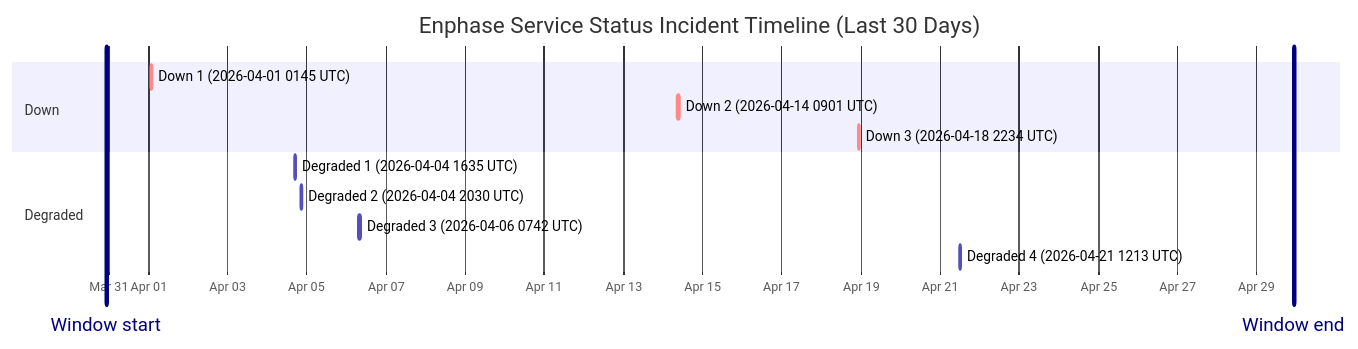
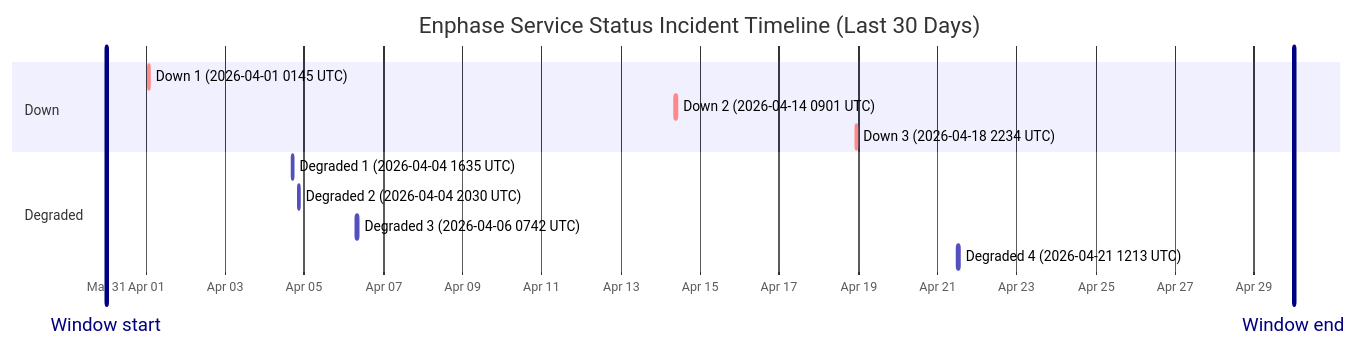
One commit to barneyonline/ha-enphase-ev-charger changed the diagram in wiki/Service-Status-History.md. Above: the diagram before and after it, drawn with Mermaid. The commit also changed other lines of this file and 3 other files, not shown here.

````diff
--- a/wiki/Service-Status-History.md
+++ b/wiki/Service-Status-History.md
@@ -14,17 +14,17 @@
 ```mermaid
 gantt
     title Enphase Service Status Incident Timeline (Last 30 Days)
     dateFormat  YYYY-MM-DDTHH:mm:ss
     axisFormat  %b %d
-    Window start :vert, window-start, 2026-03-30T22:30:11, 0ms
-    Window end :vert, window-end, 2026-04-29T22:30:11, 0ms
+    Window start :vert, window-start, 2026-03-30T23:54:17, 0ms
+    Window end :vert, window-end, 2026-04-29T23:54:17, 0ms
     section Down
     Down 1 (2026-04-01 0145 UTC) :crit, down-1, 2026-04-01T01:45:09, 60m
     Down 2 (2026-04-14 0901 UTC) :crit, down-2, 2026-04-14T09:01:13, 60m
     Down 3 (2026-04-18 2234 UTC) :crit, down-3, 2026-04-18T22:34:13, 60m
     section Degraded
     Degraded 1 (2026-04-04 1635 UTC) :active, degraded-1, 2026-04-04T16:35:17, 60m
     Degraded 2 (2026-04-04 2030 UTC) :active, degraded-2, 2026-04-04T20:30:40, 60m
     Degraded 3 (2026-04-06 0742 UTC) :active, degraded-3, 2026-04-06T07:42:09, 85m
     Degraded 4 (2026-04-21 1213 UTC) :active, degraded-4, 2026-04-21T12:13:11, 60m
 ```
````
